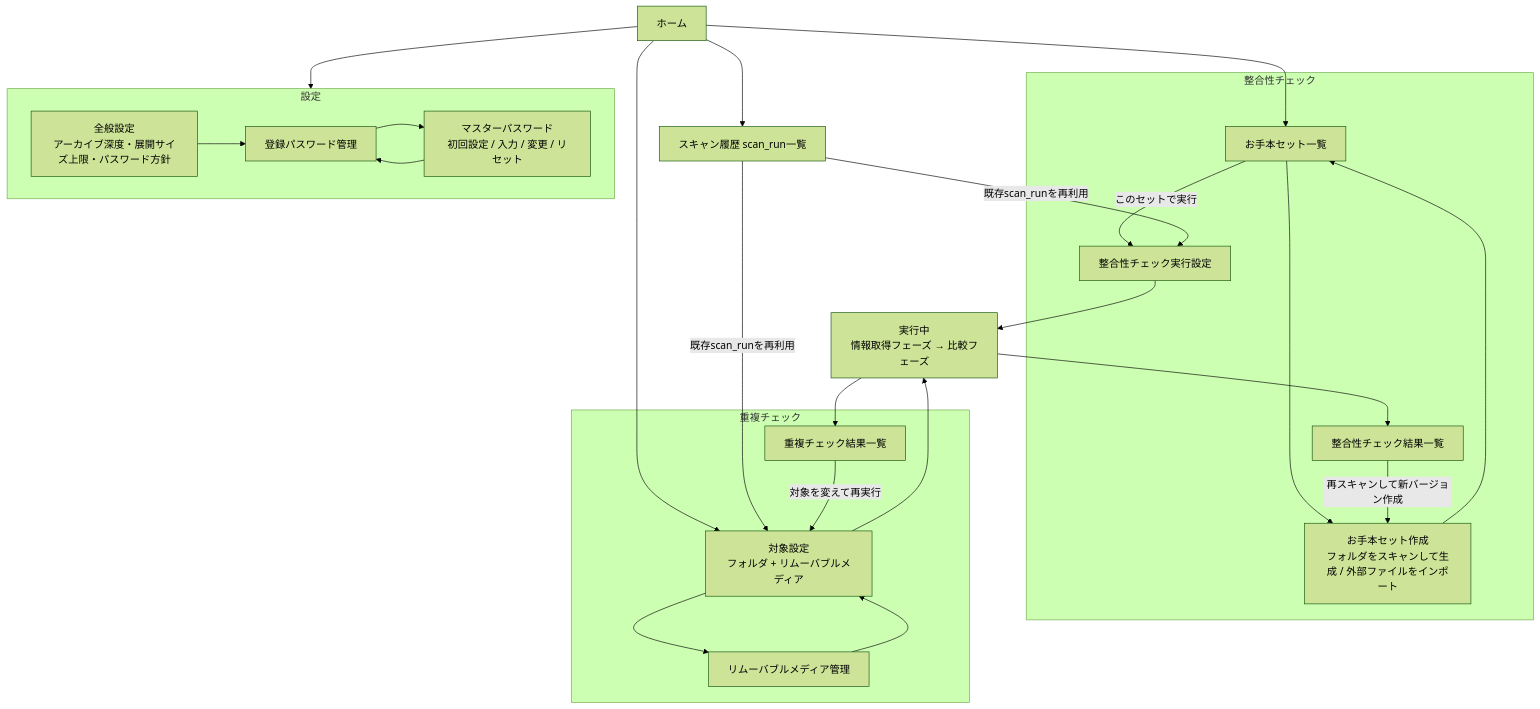
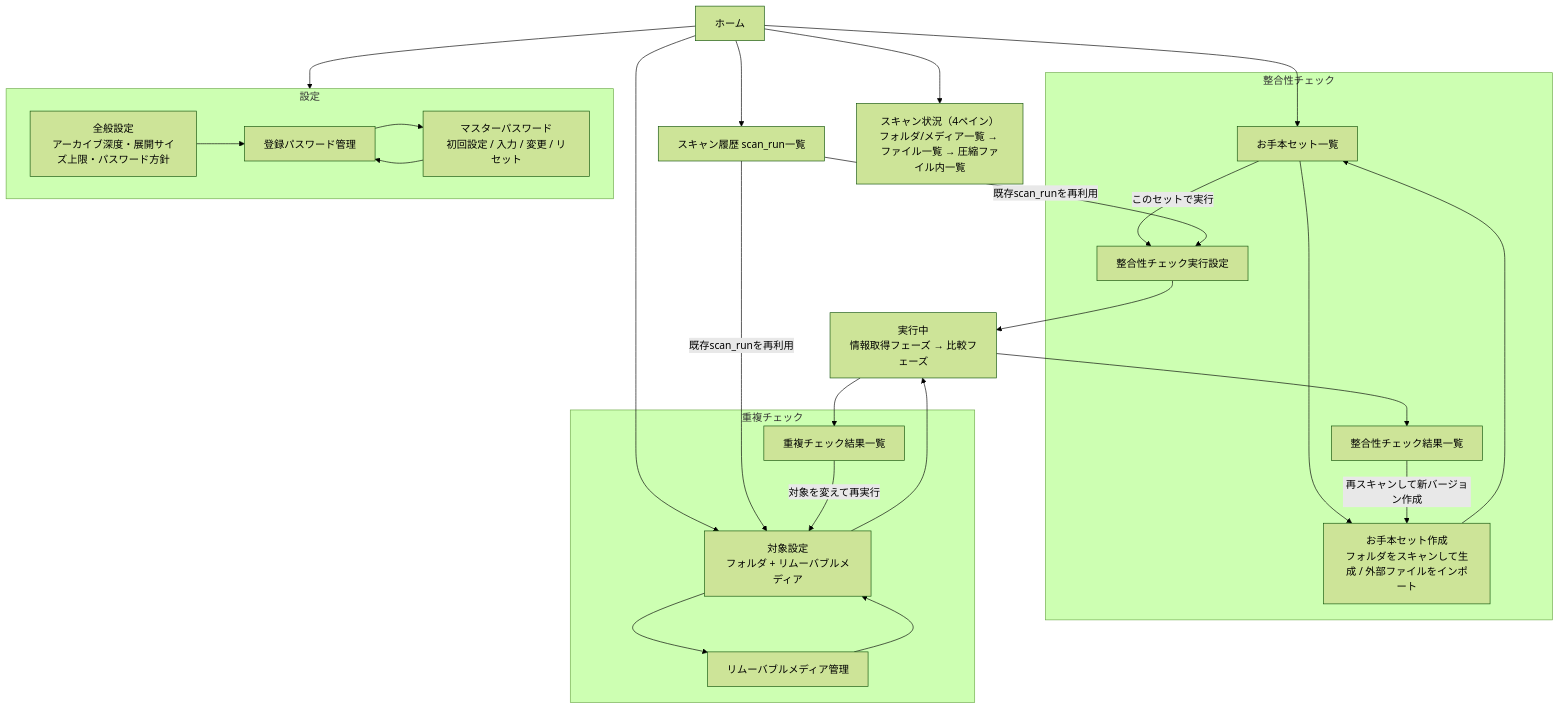
One commit to noribow/fileChecker changed the diagram in docs/requirements.md. Above: the diagram before and after it, drawn with Mermaid (forest theme). The commit also changed other lines of this file and 10 other files, not shown here.

First line of the commit message:
Add GUI "スキャン状況" 4-pane screen for browsing scan/media contents (P15, §10.25)

````diff
--- a/docs/requirements.md
+++ b/docs/requirements.md
@@ -493,44 +493,46 @@
 ```mermaid
 flowchart TD
     Home[ホーム]
 
     subgraph Integrity[整合性チェック]
         RefList[お手本セット一覧]
         RefNew[お手本セット作成\nフォルダをスキャンして生成 / 外部ファイルをインポート]
         IntegrityRun[整合性チェック実行設定]
         IntegrityResult[整合性チェック結果一覧]
     end
 
     subgraph Duplicate[重複チェック]
         DupTargets[対象設定\nフォルダ + リムーバブルメディア]
         MediaManage[リムーバブルメディア管理]
         DupResult[重複チェック結果一覧]
     end
 
     Progress[実行中\n情報取得フェーズ → 比較フェーズ]
     History[スキャン履歴 scan_run一覧]
 
     subgraph Settings[設定]
         General[全般設定\nアーカイブ深度・展開サイズ上限・パスワード方針]
         PasswordList[登録パスワード管理]
         MasterPw[マスターパスワード\n初回設定 / 入力 / 変更 / リセット]
     end
 
     Home --> RefList
     Home --> DupTargets
     Home --> History
     Home --> Settings
 
     RefList --> RefNew --> RefList
     RefList -- "このセットで実行" --> IntegrityRun
     History -- "既存scan_runを再利用" --> IntegrityRun
     IntegrityRun --> Progress --> IntegrityResult
     IntegrityResult -- "再スキャンして新バージョン作成" --> RefNew
 
     DupTargets --> MediaManage --> DupTargets
     History -- "既存scan_runを再利用" --> DupTargets
     DupTargets --> Progress --> DupResult
     DupResult -- "対象を変えて再実行" --> DupTargets
 
     General --> PasswordList --> MasterPw --> PasswordList
+
+    Home --> ScanBrowser["スキャン状況（4ペイン）\nフォルダ/メディア一覧 → ファイル一覧 → 圧縮ファイル内一覧"]
 ```
````
